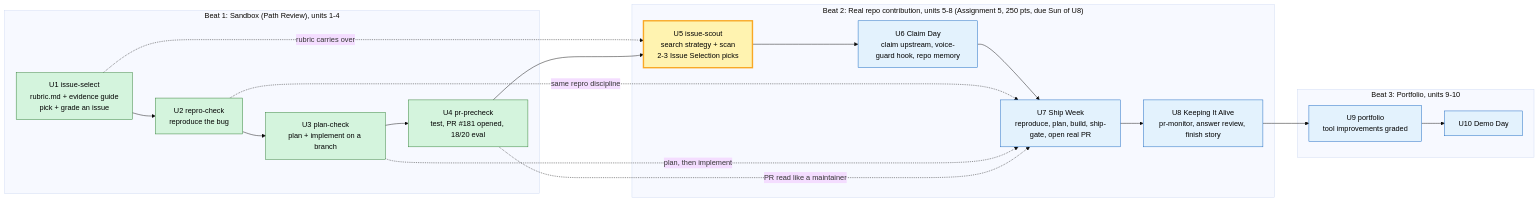
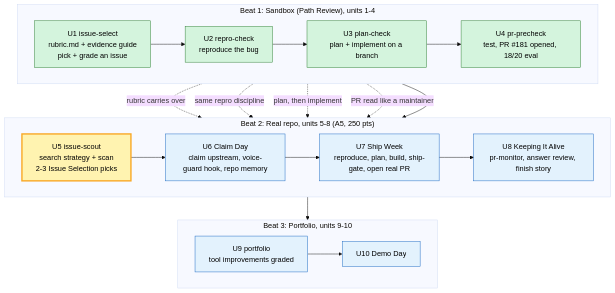
The diagram in beat-2-contribution/unit-5/2026-10-14-ai301-roadmap.md (speculaas/ai301-coursework-trilogy-preview), drawn with Mermaid (base theme) before and after one commit.

Commit message:
roadmap: stack beats vertically

````diff
--- a/beat-2-contribution/unit-5/2026-10-14-ai301-roadmap.md
+++ b/beat-2-contribution/unit-5/2026-10-14-ai301-roadmap.md
@@ -7,35 +7,38 @@
 ```mermaid
-flowchart LR
+flowchart TB
   classDef done fill:#d4f4dd,stroke:#2e7d32,color:#000
   classDef now fill:#fff3b0,stroke:#f9a825,stroke-width:3px,color:#000
   classDef next fill:#e3f2fd,stroke:#1565c0,color:#000
 
   subgraph B1["Beat 1: Sandbox (Path Review), units 1-4"]
+    direction LR
     U1["U1 issue-select<br/>rubric.md + evidence guide<br/>pick + grade an issue"]:::done
     U2["U2 repro-check<br/>reproduce the bug"]:::done
     U3["U3 plan-check<br/>plan + implement on a branch"]:::done
     U4["U4 pr-precheck<br/>test, PR #181 opened, 18/20 eval"]:::done
     U1 --> U2 --> U3 --> U4
   end
 
-  subgraph B2["Beat 2: Real repo contribution, units 5-8 (Assignment 5, 250 pts, due Sun of U8)"]
+  subgraph B2["Beat 2: Real repo, units 5-8 (A5, 250 pts)"]
+    direction LR
     U5["U5 issue-scout<br/>search strategy + scan<br/>2-3 Issue Selection picks"]:::now
     U6["U6 Claim Day<br/>claim upstream, voice-guard hook, repo memory"]:::next
     U7["U7 Ship Week<br/>reproduce, plan, build, ship-gate, open real PR"]:::next
     U8["U8 Keeping It Alive<br/>pr-monitor, answer review, finish story"]:::next
     U5 --> U6 --> U7 --> U8
   end
 
   subgraph B3["Beat 3: Portfolio, units 9-10"]
+    direction LR
     U9["U9 portfolio<br/>tool improvements graded"]:::next
     U10["U10 Demo Day"]:::next
     U9 --> U10
   end
 
   U1 -. "rubric carries over" .-> U5
   U2 -. "same repro discipline" .-> U7
   U3 -. "plan, then implement" .-> U7
   U4 -. "PR read like a maintainer" .-> U7
   U4 --> U5
   U8 --> U9
 ```
````
